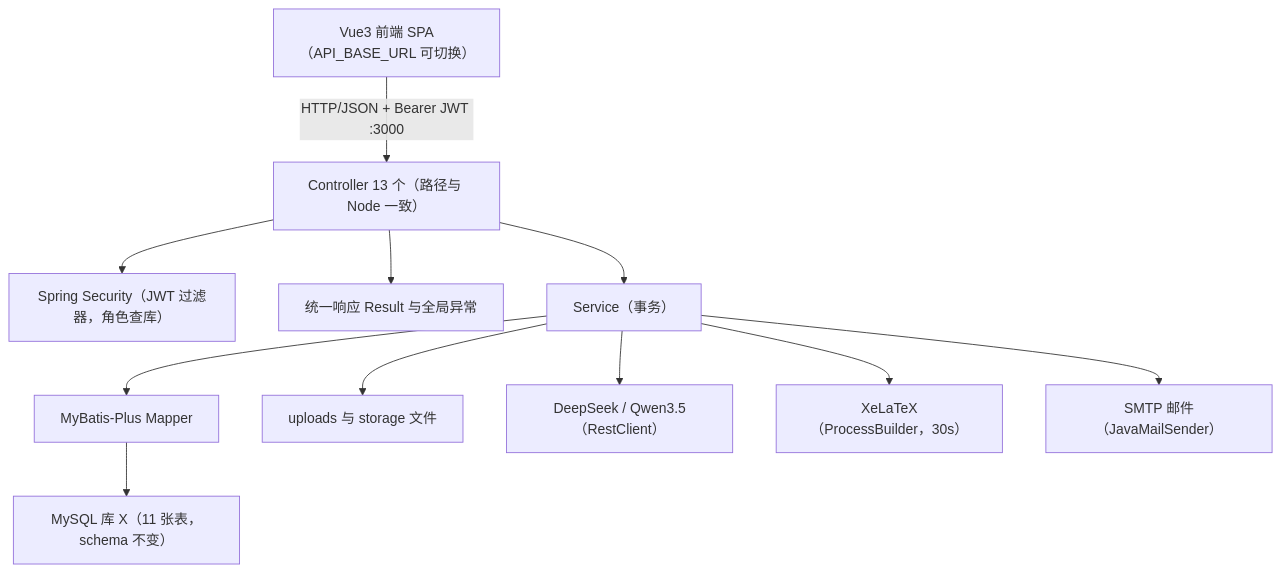
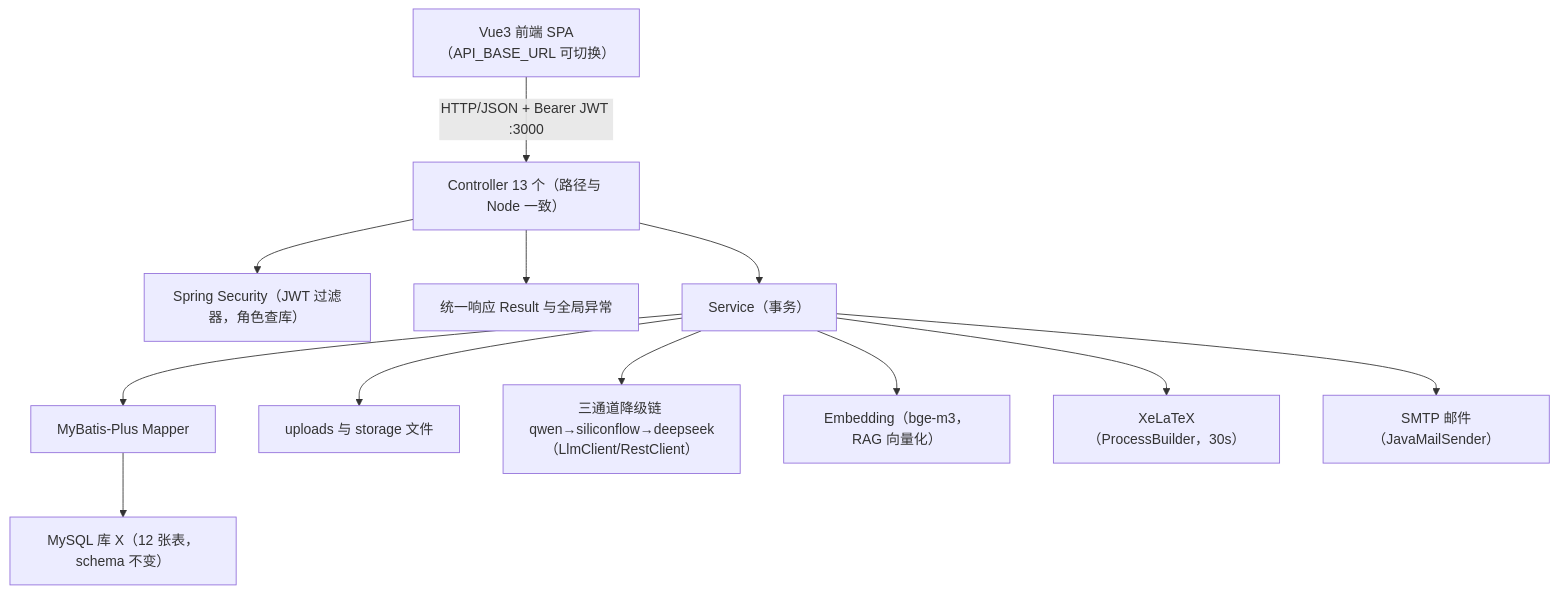
One commit to ljb202510/PGFPlotsGenerator changed the eighth of 8 diagrams in docs/architecture.md. Above: the diagram before and after it, drawn with Mermaid. The commit also changed other lines of this file and 19 other files, not shown here.

````diff
--- a/docs/architecture.md
+++ b/docs/architecture.md
@@ -522,13 +547,14 @@
 ```mermaid
 flowchart TD
     FE["Vue3 前端 SPA（API_BASE_URL 可切换）"] -->|"HTTP/JSON + Bearer JWT :3000"| CTRL["Controller 13 个（路径与 Node 一致）"]
     CTRL --> SEC["Spring Security（JWT 过滤器，角色查库）"]
     CTRL --> RES["统一响应 Result 与全局异常"]
     CTRL --> SVC["Service（事务）"]
     SVC --> MAP["MyBatis-Plus Mapper"]
-    MAP --> DB["MySQL 库 X（11 张表，schema 不变）"]
+    MAP --> DB["MySQL 库 X（12 张表，schema 不变）"]
     SVC --> FS["uploads 与 storage 文件"]
-    SVC --> LLM["DeepSeek / Qwen3.5（RestClient）"]
+    SVC --> LLM["三通道降级链 qwen→siliconflow→deepseek（LlmClient/RestClient）"]
+    SVC --> EMB["Embedding（bge-m3，RAG 向量化）"]
     SVC --> TEX["XeLaTeX（ProcessBuilder，30s）"]
     SVC --> MAIL["SMTP 邮件（JavaMailSender）"]
 ```
````
